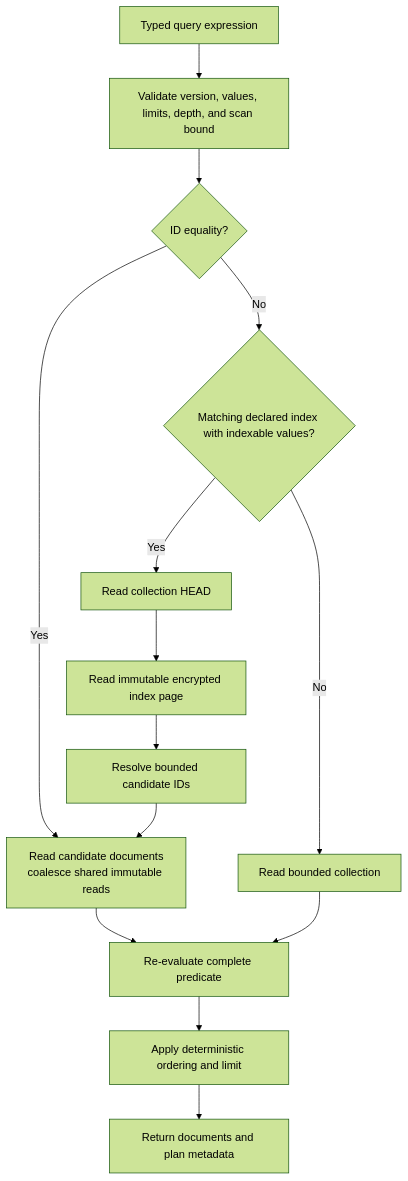
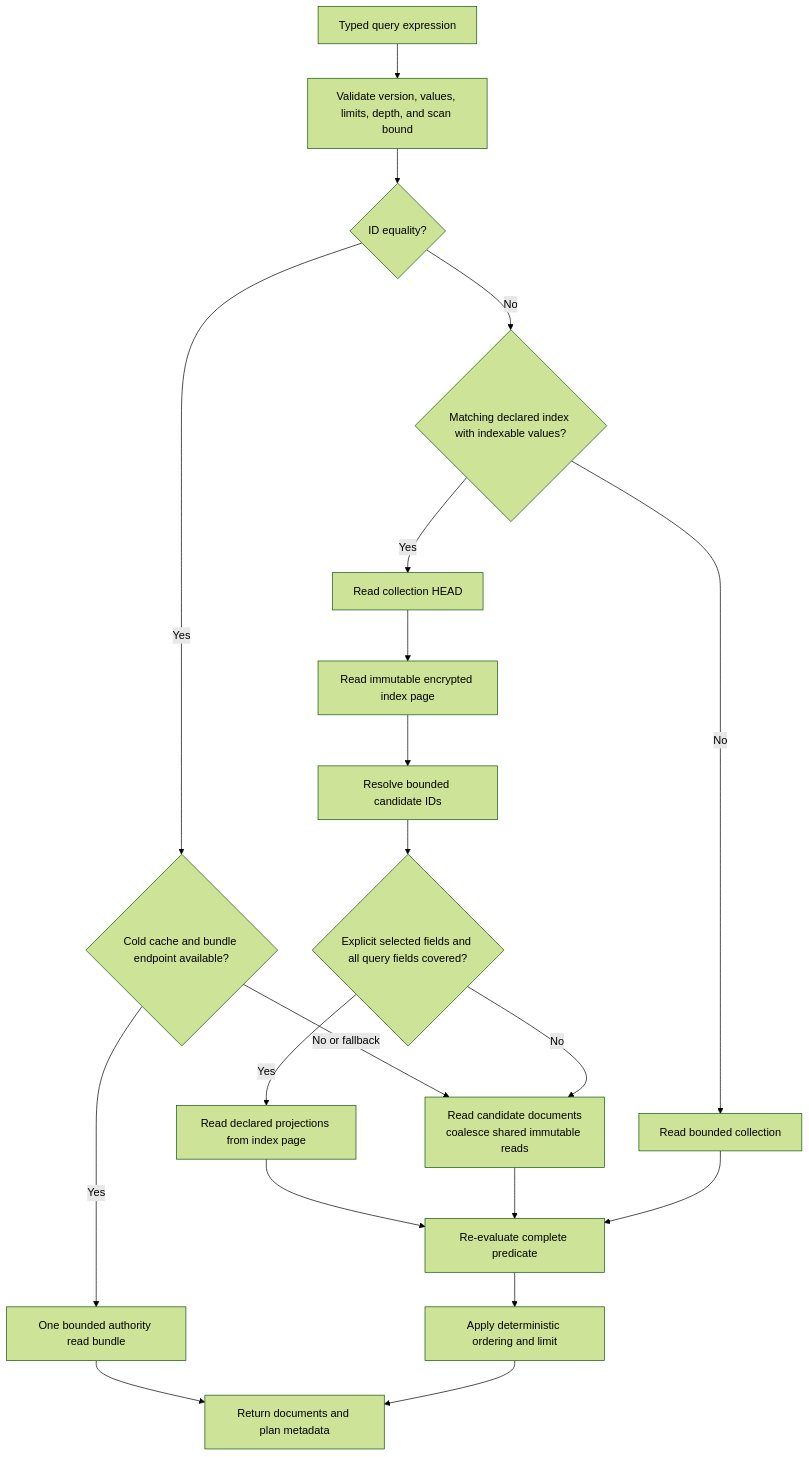
One commit to Jason-Doyle/thimble changed the fifth of 15 diagrams in docs/DIAGRAMS.md. Above: the diagram before and after it, drawn with Mermaid (forest theme). The commit also changed other lines of this file and 55 other files, not shown here.

Commit message:
Add bounded read bundles and covering indexes

````diff
--- a/docs/DIAGRAMS.md
+++ b/docs/DIAGRAMS.md
@@ -103,23 +170,31 @@
 ```mermaid
 flowchart TD
   Query["Typed query expression"]
   Validate["Validate version, values, limits, depth, and scan bound"]
   Point{"ID equality?"}
+  Bundle{"Cold cache and bundle endpoint available?"}
+  BundleRead["One bounded authority read bundle"]
   Index{"Matching declared index with indexable values?"}
   Head["Read collection HEAD"]
   IndexPage["Read immutable encrypted index page"]
   Candidates["Resolve bounded candidate IDs"]
+  Covered{"Explicit selected fields and all query fields covered?"}
+  Projection["Read declared projections from index page"]
   ReadDocs["Read candidate documents<br/>coalesce shared immutable reads"]
   Predicate["Re-evaluate complete predicate"]
   Scan["Read bounded collection"]
   Order["Apply deterministic ordering and limit"]
   Result["Return documents and plan metadata"]
 
   Query --> Validate --> Point
-  Point -- Yes --> ReadDocs
+  Point -- Yes --> Bundle
+  Bundle -- Yes --> BundleRead --> Result
+  Bundle -- No or fallback --> ReadDocs
   Point -- No --> Index
-  Index -- Yes --> Head --> IndexPage --> Candidates --> ReadDocs
+  Index -- Yes --> Head --> IndexPage --> Candidates --> Covered
+  Covered -- Yes --> Projection --> Predicate
+  Covered -- No --> ReadDocs
   Index -- No --> Scan
   ReadDocs --> Predicate --> Order --> Result
   Scan --> Predicate
 ```
````
